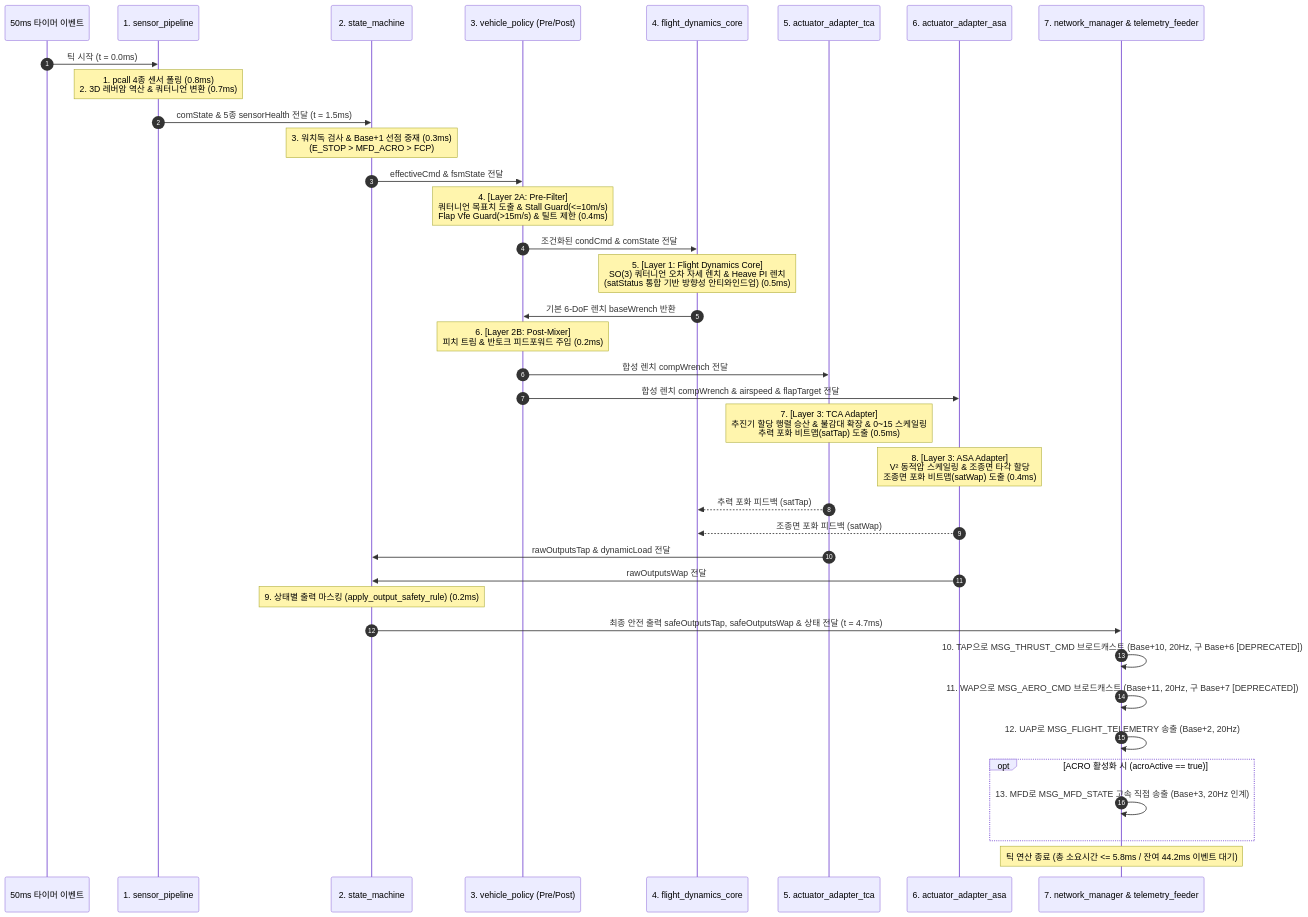
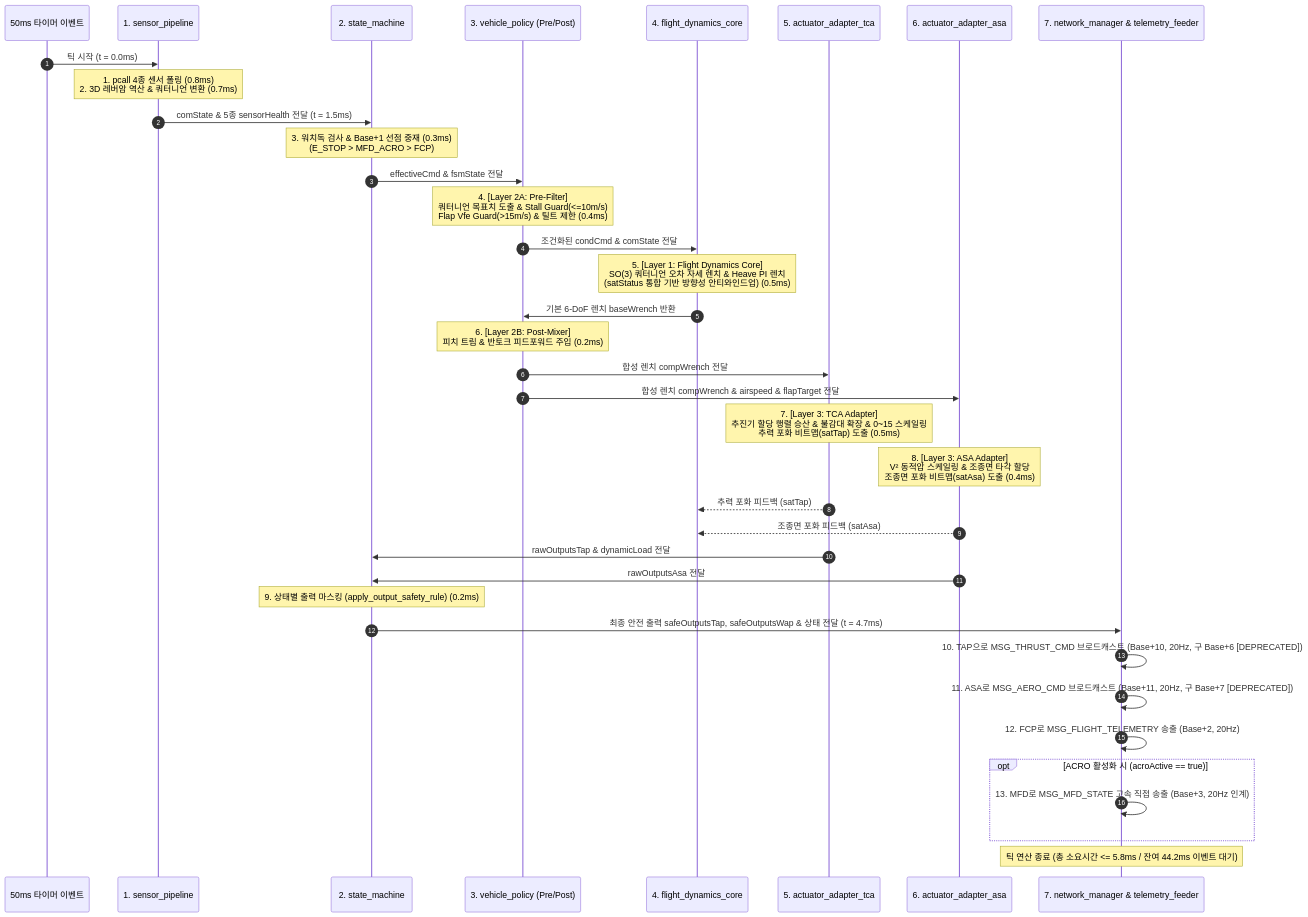
Before and after one commit to Polimachi/Aeroneutics_Autopilot: the second of 4 diagrams in docs/specs/1_control/vas/VAS_PROGRAM_SPECIFICATION.md, drawn with Mermaid. The commit also changed other lines of this file and 3 other files, not shown here.

````diff
--- a/docs/specs/1_control/vas/VAS_PROGRAM_SPECIFICATION.md
+++ b/docs/specs/1_control/vas/VAS_PROGRAM_SPECIFICATION.md
@@ -228,40 +229,40 @@
 ```mermaid
 sequenceDiagram
     autonumber
     participant T as 50ms 타이머 이벤트
     participant S as 1. sensor_pipeline
     participant F as 2. state_machine
     participant P as 3. vehicle_policy (Pre/Post)
     participant C as 4. flight_dynamics_core
     participant A_TAP as 5. actuator_adapter_tca
-    participant A_WAP as 6. actuator_adapter_asa
+    participant A_ASA as 6. actuator_adapter_asa
     participant COM as 7. network_manager & telemetry_feeder
 
     T->>S: 틱 시작 (t = 0.0ms)
     Note over S: 1. pcall 4종 센서 폴링 (0.8ms)<br/>2. 3D 레버암 역산 & 쿼터니언 변환 (0.7ms)
     S->>F: comState & 5종 sensorHealth 전달 (t = 1.5ms)
     Note over F: 3. 워치독 검사 & Base+1 선점 중재 (0.3ms)<br/>(E_STOP > MFD_ACRO > FCP)
     F->>P: effectiveCmd & fsmState 전달
     Note over P: 4. [Layer 2A: Pre-Filter]<br/>쿼터니언 목표치 도출 & Stall Guard(<=10m/s)<br/>Flap Vfe Guard(>15m/s) & 틸트 제한 (0.4ms)
     P->>C: 조건화된 condCmd & comState 전달
     Note over C: 5. [Layer 1: Flight Dynamics Core]<br/>SO(3) 쿼터니언 오차 자세 렌치 & Heave PI 렌치<br/>(satStatus 통합 기반 방향성 안티와인드업) (0.5ms)
     C->>P: 기본 6-DoF 렌치 baseWrench 반환
     Note over P: 6. [Layer 2B: Post-Mixer]<br/>피치 트림 & 반토크 피드포워드 주입 (0.2ms)
     P->>A_TAP: 합성 렌치 compWrench 전달
-    P->>A_WAP: 합성 렌치 compWrench & airspeed & flapTarget 전달
+    P->>A_ASA: 합성 렌치 compWrench & airspeed & flapTarget 전달
     Note over A_TAP: 7. [Layer 3: TCA Adapter]<br/>추진기 할당 행렬 승산 & 불감대 확장 & 0~15 스케일링<br/>추력 포화 비트맵(satTap) 도출 (0.5ms)
-    Note over A_WAP: 8. [Layer 3: ASA Adapter]<br/>V² 동적압 스케일링 & 조종면 타각 할당<br/>조종면 포화 비트맵(satWap) 도출 (0.4ms)
+    Note over A_ASA: 8. [Layer 3: ASA Adapter]<br/>V² 동적압 스케일링 & 조종면 타각 할당<br/>조종면 포화 비트맵(satAsa) 도출 (0.4ms)
     A_TAP-->>C: 추력 포화 피드백 (satTap)
-    A_WAP-->>C: 조종면 포화 피드백 (satWap)
+    A_ASA-->>C: 조종면 포화 피드백 (satAsa)
     A_TAP->>F: rawOutputsTap & dynamicLoad 전달
-    A_WAP->>F: rawOutputsWap 전달
+    A_ASA->>F: rawOutputsAsa 전달
     Note over F: 9. 상태별 출력 마스킹 (apply_output_safety_rule) (0.2ms)
     F->>COM: 최종 안전 출력 safeOutputsTap, safeOutputsWap & 상태 전달 (t = 4.7ms)
     COM->>COM: 10. TAP으로 MSG_THRUST_CMD 브로드캐스트 (Base+10, 20Hz, 구 Base+6 [DEPRECATED])
-    COM->>COM: 11. WAP으로 MSG_AERO_CMD 브로드캐스트 (Base+11, 20Hz, 구 Base+7 [DEPRECATED])
-    COM->>COM: 12. UAP로 MSG_FLIGHT_TELEMETRY 송출 (Base+2, 20Hz)
+    COM->>COM: 11. ASA로 MSG_AERO_CMD 브로드캐스트 (Base+11, 20Hz, 구 Base+7 [DEPRECATED])
+    COM->>COM: 12. FCP로 MSG_FLIGHT_TELEMETRY 송출 (Base+2, 20Hz)
     opt ACRO 활성화 시 (acroActive == true)
         COM->>COM: 13. MFD로 MSG_MFD_STATE 고속 직접 송출 (Base+3, 20Hz 인계)
     end
     Note over COM: 틱 연산 종료 (총 소요시간 <= 5.8ms / 잔여 44.2ms 이벤트 대기)
 ```
````
